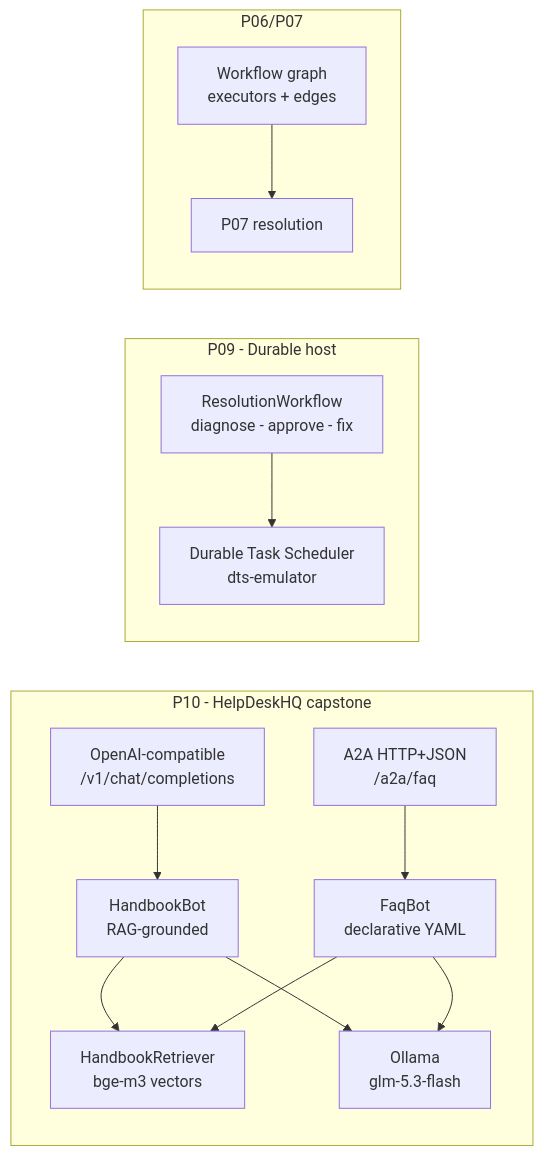
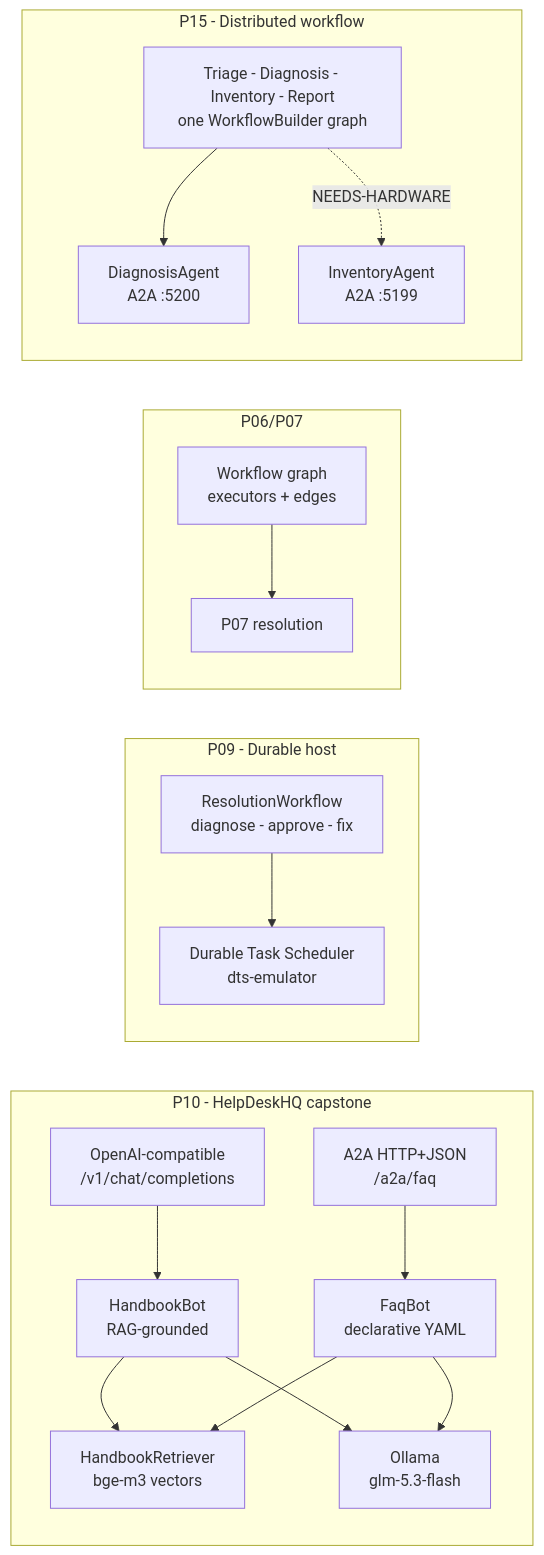
The diagram in PORTFOLIO.md (ihsanfarabi/microsoft-agent-framework-guide), drawn with Mermaid before and after one commit. The commit also changed other lines of this file and 2 other files, not shown here.

````diff
--- a/PORTFOLIO.md
+++ b/PORTFOLIO.md
@@ -12,17 +12,21 @@
 ```mermaid
 flowchart LR
     subgraph P10 - HelpDeskHQ capstone
         Chat[OpenAI-compatible<br/>/v1/chat/completions] --> H[HandbookBot<br/>RAG-grounded]
         A2A[A2A HTTP+JSON<br/>/a2a/faq] --> F[FaqBot<br/>declarative YAML]
         H --> R[HandbookRetriever<br/>bge-m3 vectors]
         F --> R
         H --> O[Ollama<br/>glm-5.3-flash]
         F --> O
     end
     subgraph P09 - Durable host
         D[ResolutionWorkflow<br/>diagnose - approve - fix] --> DT[Durable Task Scheduler<br/>dts-emulator]
     end
     subgraph P06/P07
         W[Workflow graph<br/>executors + edges] --> P07[P07 resolution]
     end
+    subgraph P15 - Distributed workflow
+        OG[Triage - Diagnosis - Inventory - Report<br/>one WorkflowBuilder graph] --> DX[DiagnosisAgent<br/>A2A :5200]
+        OG -. NEEDS-HARDWARE .-> IX[InventoryAgent<br/>A2A :5199]
+    end
 ```
````
